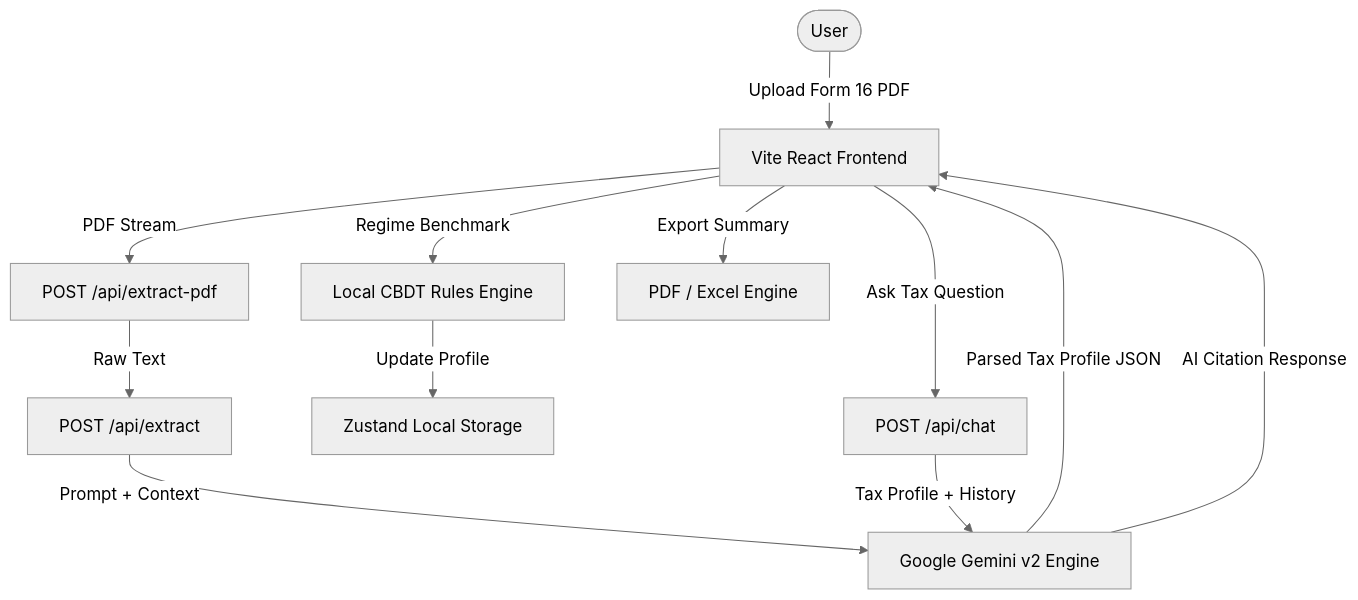
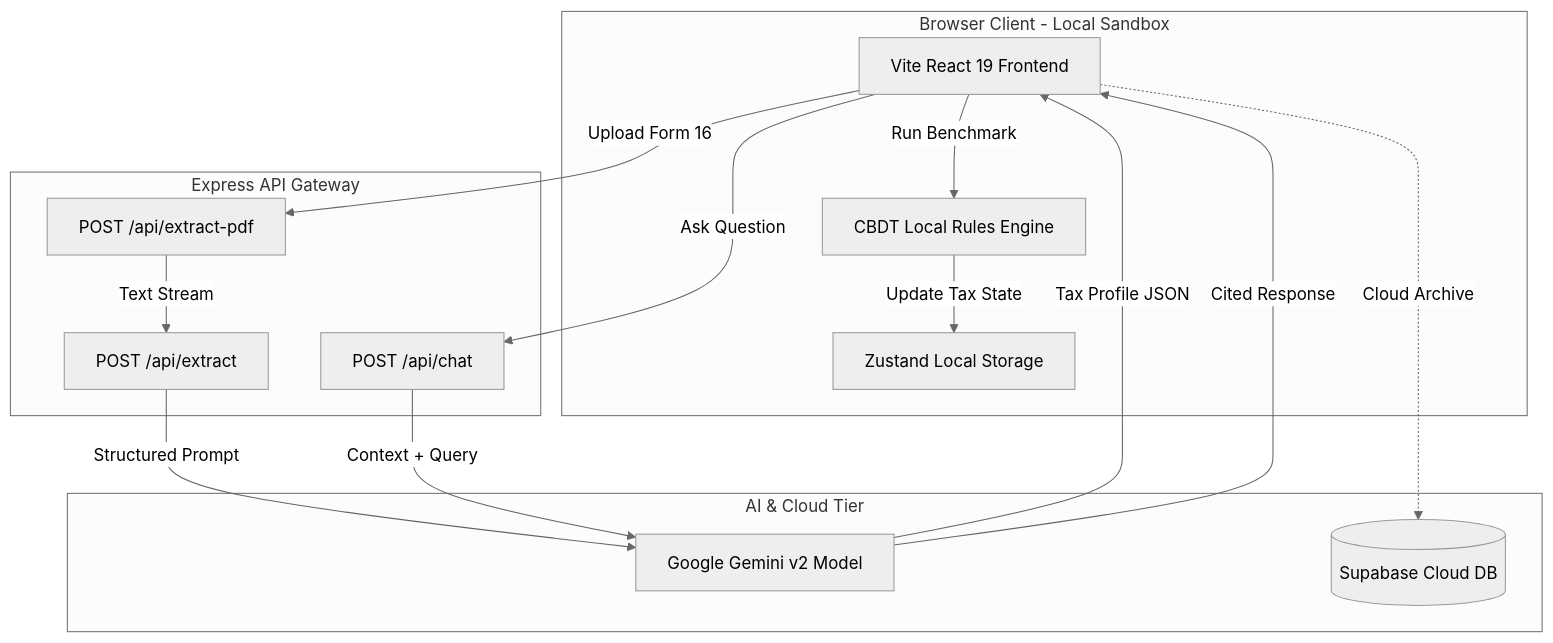
The second of 2 diagrams in README.md (reshmanth-sai/TaxSense), drawn with Mermaid (neutral theme) before and after one commit. The commit also changed other lines of this file, not shown here.

````diff
--- a/README.md
+++ b/README.md
@@ -47,17 +206,30 @@
 ```mermaid
 graph TD
-    User([User]) -->|Upload Form 16 PDF| WebUI[Vite React Frontend]
-    WebUI -->|PDF Stream| API_PDF[POST /api/extract-pdf]
-    API_PDF -->|Raw Text| API_EXTRACT[POST /api/extract]
-    API_EXTRACT -->|Prompt + Context| Gemini[Google Gemini v2 Engine]
-    Gemini -->|Parsed Tax Profile JSON| WebUI
-    
-    WebUI -->|Regime Benchmark| Engine[Local CBDT Rules Engine]
-    Engine -->|Update Profile| State[Zustand Local Storage]
-    
-    WebUI -->|Ask Tax Question| API_CHAT[POST /api/chat]
-    API_CHAT -->|Tax Profile + History| Gemini
-    Gemini -->|AI Citation Response| WebUI
-    
-    WebUI -->|Export Summary| Export[PDF / Excel Engine]
+    subgraph Client [Browser Client - Local Sandbox]
+        UI[Vite React 19 Frontend]
+        Store[Zustand Local Storage]
+        Engine[CBDT Local Rules Engine]
+    end
+
+    subgraph Server [Express API Gateway]
+        API_PDF[POST /api/extract-pdf]
+        API_EXTRACT[POST /api/extract]
+        API_CHAT[POST /api/chat]
+    end
+
+    subgraph AI [AI & Cloud Tier]
+        Gemini[Google Gemini v2 Model]
+        Supa[(Supabase Cloud DB)]
+    end
+
+    UI -->|Upload Form 16| API_PDF
+    API_PDF -->|Text Stream| API_EXTRACT
+    API_EXTRACT -->|Structured Prompt| Gemini
+    Gemini -->|Tax Profile JSON| UI
+    UI -->|Run Benchmark| Engine
+    Engine -->|Update Tax State| Store
+    UI -->|Ask Question| API_CHAT
+    API_CHAT -->|Context + Query| Gemini
+    Gemini -->|Cited Response| UI
+    UI -.->|Cloud Archive| Supa
 ```
````
